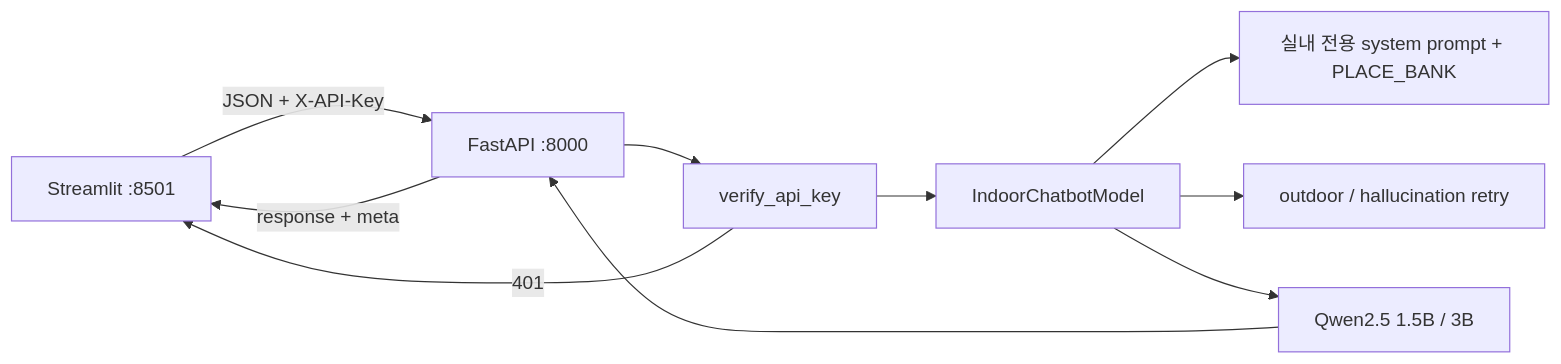
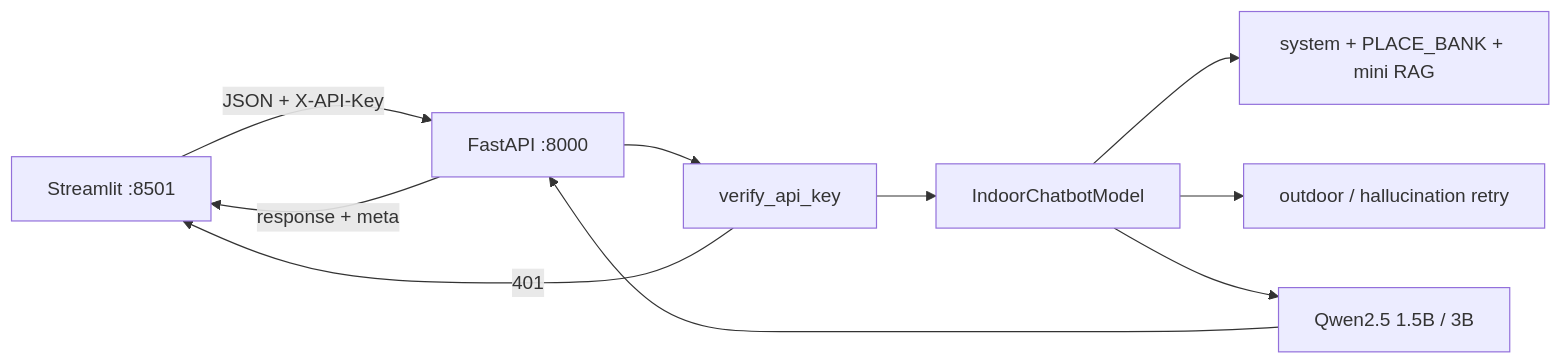
Before and after one commit to toryhyeon80/AIFFEL_Quest_ENG: the diagram in 06_Deployment/DP08/DP08.md, drawn with Mermaid. The commit also changed other lines of this file and 10 other files, not shown here.

Commit message:
Add mini RAG place retrieval to DP08 with demo capture.

````diff
--- a/06_Deployment/DP08/DP08.md
+++ b/06_Deployment/DP08/DP08.md
@@ -19,12 +19,12 @@
 ```mermaid
 flowchart LR
   UI["Streamlit :8501"] -->|JSON + X-API-Key| API["FastAPI :8000"]
   API --> Auth["verify_api_key"]
   Auth -->|401| UI
   Auth --> Gen["IndoorChatbotModel"]
-  Gen --> Prompt["실내 전용 system prompt + PLACE_BANK"]
+  Gen --> Prompt["system + PLACE_BANK + mini RAG"]
   Gen --> Guard["outdoor / hallucination retry"]
   Gen --> HF["Qwen2.5 1.5B / 3B"]
   HF --> API
   API -->|response + meta| UI
 ```
````
